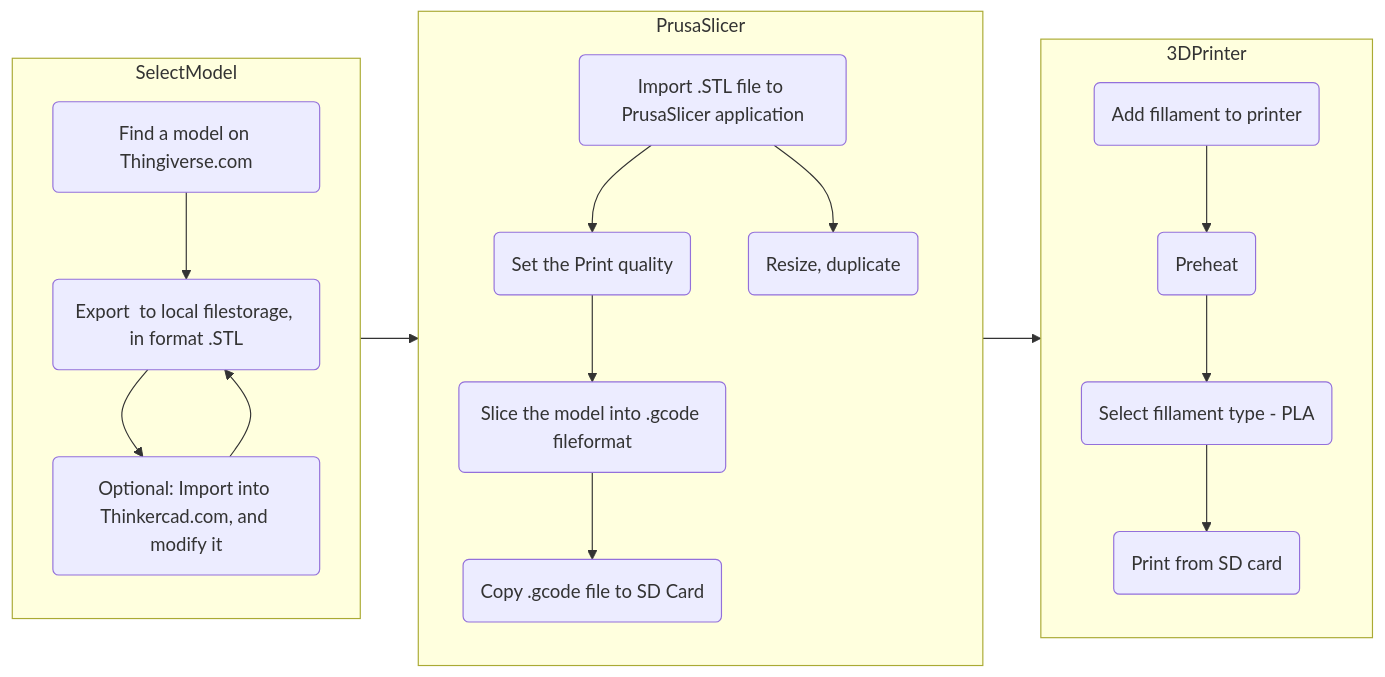
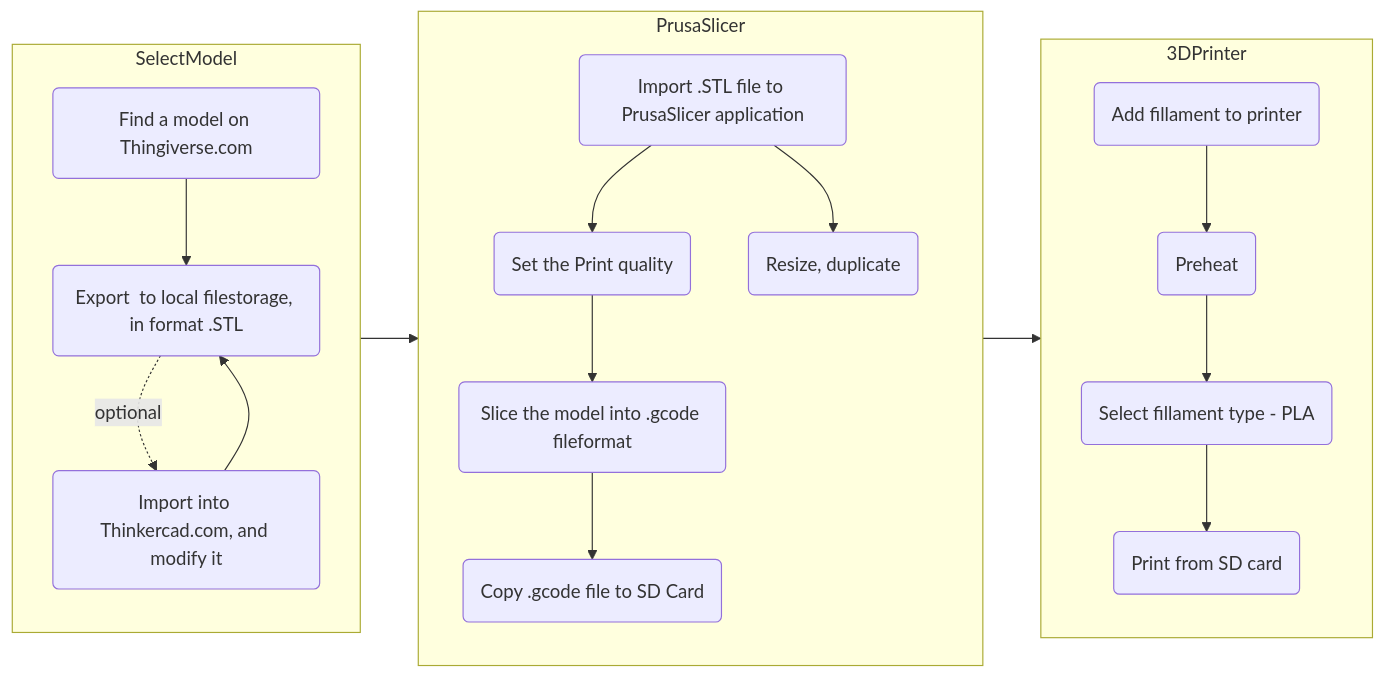
The diagram in README.md (marmid74/playground), drawn with Mermaid before and after one commit.

````diff
--- a/README.md
+++ b/README.md
@@ -2,36 +2,36 @@
 ```mermaid
   flowchart LR;
     subgraph SelectModel
     direction TB
     A(Find a model on Thingiverse.com)
-    C(Optional: Import into Thinkercad.com, and modify it)
+    C(Import into Thinkercad.com, and modify it)
     D(Export  to local filestorage, in format .STL)
     A-->D
-    D-->C
+    D-. optional .->C
     C-->D 
     end
 
     subgraph PrusaSlicer
     direction TB
     E(Import .STL file to PrusaSlicer application)
     E2(Resize, duplicate)
     F(Set the Print quality)
     G(Slice the model into .gcode fileformat)
     H(Copy .gcode file to SD Card)
 
     E-->F
     E-->E2
     F-->G
     G-->H
     end
 
     subgraph 3DPrinter
     direction TB
     I(Add fillament to printer)-->J(Preheat)
     J-->K(Select fillament type - PLA)
     K-->L(Print from SD card)
     end
 
   SelectModel-->PrusaSlicer-->3DPrinter
 
 ```
````
